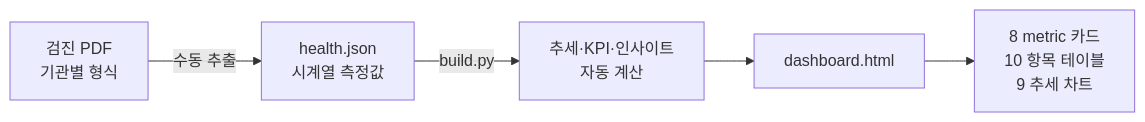
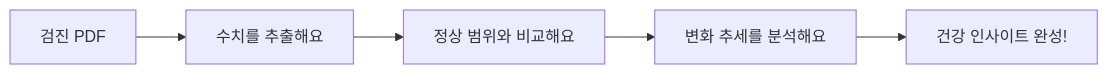
Before and after one commit to newhigen/blog-tech: the diagram in src/content/projects/health-dashboard.md, drawn with Mermaid. The commit also changed other lines of this file and 9 other files, not shown here.

First line of the commit message:
feat: project cards polish + health dashboard light mode

````diff
--- a/src/content/projects/health-dashboard.md
+++ b/src/content/projects/health-dashboard.md
@@ -27,7 +24,7 @@
 ```mermaid
 flowchart LR
-  A[검진 PDF<br/>기관별 형식] -->|수동 추출| B[health.json<br/>시계열 측정값]
-  B -->|build.py| C[추세·KPI·인사이트<br/>자동 계산]
-  C --> D[dashboard.html]
-  D --> E[8 metric 카드<br/>10 항목 테이블<br/>9 추세 차트]
+  A[검진 PDF] --> B[수치를 추출해요]
+  B --> C[정상 범위와 비교해요]
+  C --> D[변화 추세를 분석해요]
+  D --> E[건강 인사이트 완성!]
 ```
````
